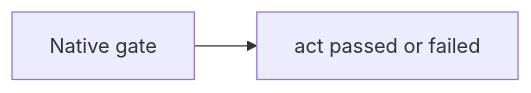
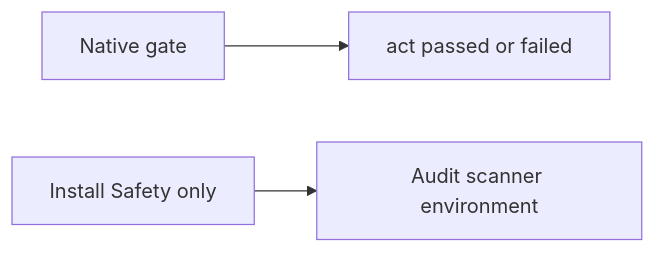
The first of 2 diagrams in docs/releases/8.0.71.md (gwicho38/mcli), drawn with Mermaid before and after one commit. The commit also changed other lines of this file and 7 other files, not shown here.

````diff
--- a/docs/releases/8.0.71.md
+++ b/docs/releases/8.0.71.md
@@ -12,4 +17,5 @@
 ```mermaid
 flowchart LR
     Native[Native gate] --> Footer[act passed or failed]
+    Scanner[Install Safety only] --> Audit[Audit scanner environment]
 ```
````
